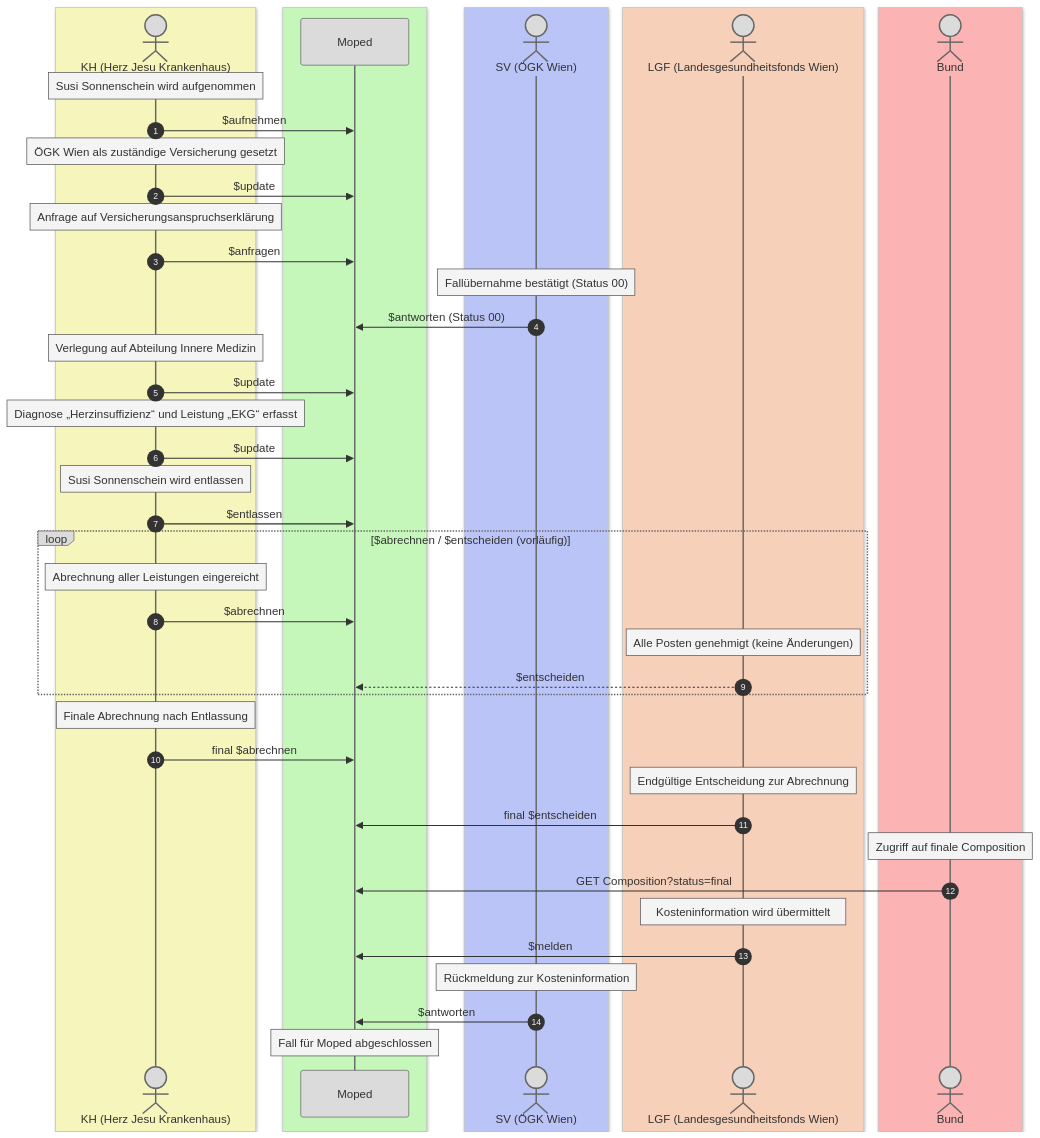
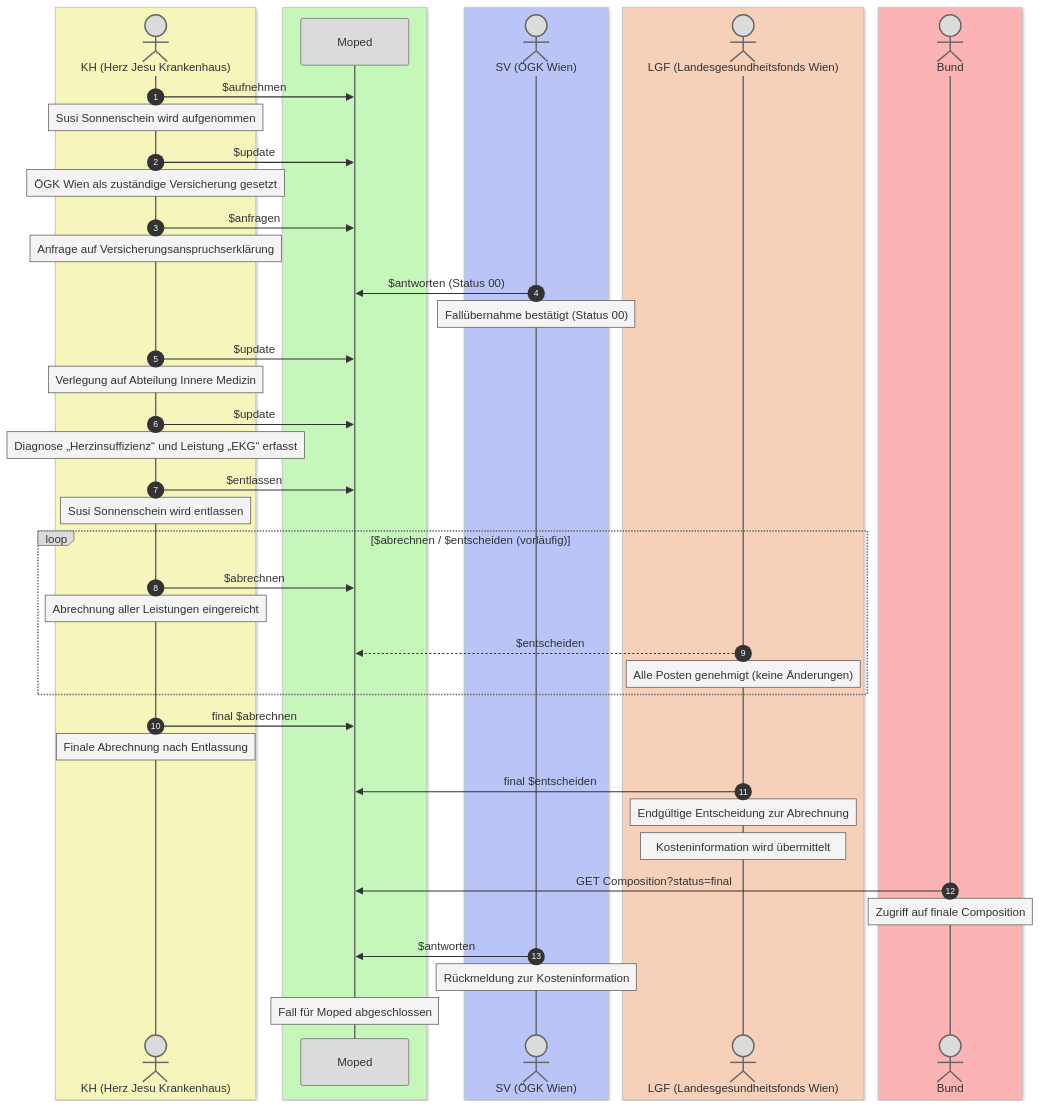
The diagram in input/pagecontent/anwendungsfaelle.md (HL7Austria/ELGA-MOPED-R5), drawn with Mermaid before and after one commit. The commit also changed 5 other files, not shown here.

```diff
--- a/input/pagecontent/anwendungsfaelle.md
+++ b/input/pagecontent/anwendungsfaelle.md
@@ -73,77 +73,72 @@
 <pre class="mermaid">
     ---
     config:
       theme: 'base'
       themeVariables:
         primaryColor: '#dbdbdb'         
         actorBorder: '#666'
         noteBkgColor: '#f4f4f4'
         noteBorderColor: '#555'
     ---
     sequenceDiagram
     autonumber
     box rgb(245, 245, 188)
     actor KH as KH (Herz Jesu Krankenhaus)
     end
     box rgb(197, 247, 186)
     participant MP as Moped
     end
     box rgb(186, 196, 247)
     actor SV as SV (ÖGK Wien)
     end
     box rgb(247, 208, 186)
     actor LGF as LGF (Landesgesundheitsfonds Wien)
     end
     box rgb(252, 179, 179) 
     actor Bund as Bund 
     end
+    
+    KH->> MP: $aufnehmen
+    Note over KH: Susi Sonnenschein wird aufgenommen
 
+    KH->>MP: $update
+    Note over KH: ÖGK Wien als zuständige Versicherung gesetzt
 
-    Note over KH: Susi Sonnenschein wird aufgenommen
-    KH->> MP: $aufnehmen
+    KH->>MP: $anfragen
+    Note over KH: Anfrage auf Versicherungsanspruchserklärung 
 
-    Note over KH: ÖGK Wien als zuständige Versicherung gesetzt
+    SV->>MP: $antworten (Status 00)
+    Note over SV: Fallübernahme bestätigt (Status 00) 
+
     KH->>MP: $update
+    Note over KH: Verlegung auf Abteilung Innere Medizin 
 
-    Note over KH: Anfrage auf Versicherungsanspruchserklärung 
-    KH->>MP: $anfragen
+    KH->>MP: $update
+    Note over KH: Diagnose „Herzinsuffizienz“ und Leistung „EKG“ erfasst 
 
-    Note over SV: Fallübernahme bestätigt (Status 00) 
-    SV->>MP: $antworten (Status 00)
-
-    Note over KH: Verlegung auf Abteilung Innere Medizin 
-    KH->>MP: $update
-
-    Note over KH: Diagnose „Herzinsuffizienz“ und Leistung „EKG“ erfasst 
-    KH->>MP: $update
-
+    KH->>MP: $entlassen
     Note over KH: Susi Sonnenschein wird entlassen 
-    KH->>MP: $entlassen
-
     loop $abrechnen / $entscheiden (vorläufig)
+        KH->>MP:$abrechnen 
         Note over KH: Abrechnung aller Leistungen eingereicht
-        KH->>MP:$abrechnen 
-
+        LGF-->>MP: $entscheiden 
         Note over LGF: Alle Posten genehmigt (keine Änderungen)
-        LGF-->>MP: $entscheiden 
     end
 
     %% Finale Abrechnung und Entscheidung
+    KH->>MP: final $abrechnen 
     Note over KH: Finale Abrechnung nach Entlassung
-    KH->>MP: final $abrechnen 
 
+    LGF->>MP: final $entscheiden
     Note over LGF: Endgültige Entscheidung zur Abrechnung 
-    LGF->>MP: final $entscheiden
+    Note over LGF: Kosteninformation wird übermittelt 
 
+    Bund->>MP: GET Composition?status=final
     Note over Bund: Zugriff auf finale Composition 
-    Bund->>MP: GET Composition?status=final
 
-    Note over LGF:  Kosteninformation wird übermittelt 
-    LGF->>MP: $melden
-
+    SV->>MP: $antworten
     Note over SV: Rückmeldung zur Kosteninformation
-    SV->>MP: $antworten
 
     Note over MP: Fall für Moped abgeschlossen
     
 </pre>
```
